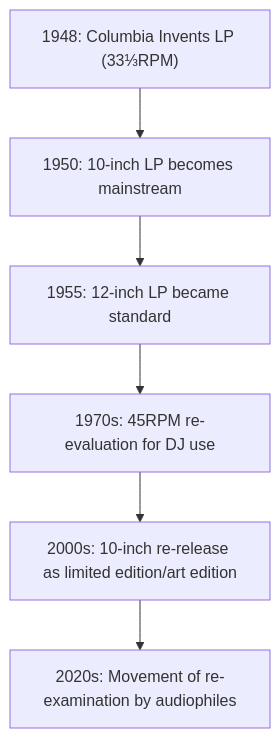
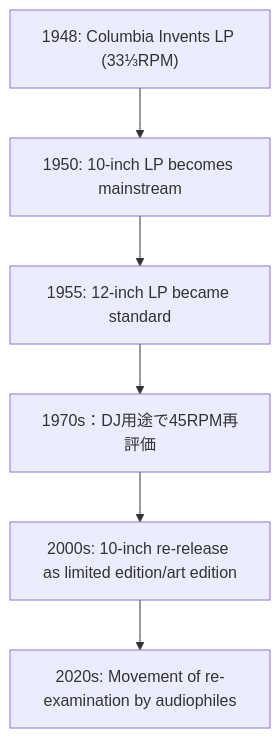
One commit to monumental-movement/monumental-movement.github.io changed the first of 3 diagrams in en/_posts/2025-10-11-Colum-10-Inch-Vinyl-Tech.md. Above: the diagram before and after it, drawn with Mermaid. The commit also changed other lines of this file and 224 other files, not shown here.

```diff
--- a/en/_posts/2025-10-11-Colum-10-Inch-Vinyl-Tech.md
+++ b/en/_posts/2025-10-11-Colum-10-Inch-Vinyl-Tech.md
@@ -175,14 +175,14 @@
 <div class="mermaid">
 
 flowchart TD
     A1948["1948: Columbia Invents LP (33⅓RPM)"]
     A1950["1950: 10-inch LP becomes mainstream"]
     A1955["1955: 12-inch LP became standard"]
-    A1970["1970s: 45RPM re-evaluation for DJ use"]
+    A1970["1970s：DJ用途で45RPM再評価"]
     A2000["2000s: 10-inch re-release as limited edition/art edition"]
     A2020["2020s: Movement of re-examination by audiophiles"]
 
     A1948 --> A1950 --> A1955 --> A1970 --> A2000 --> A2020
 
 
 </div>
```
